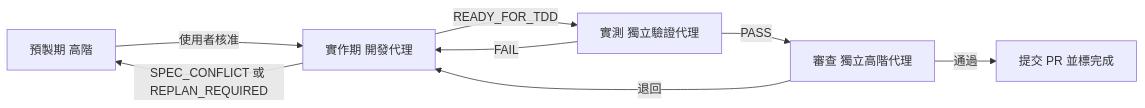
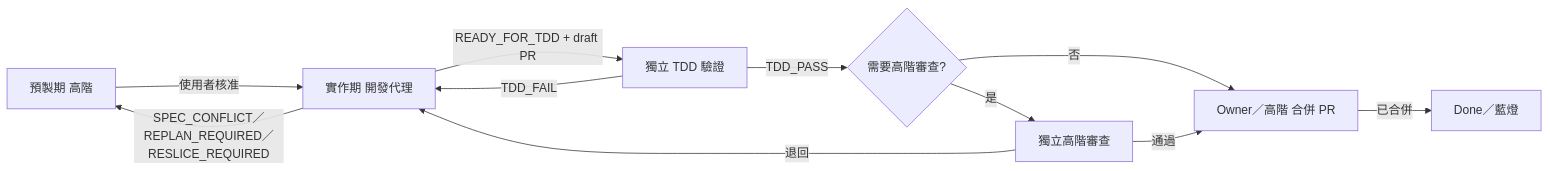
The diagram in .clinerules/ai-dev-pipeline.md (roy791202/AIAD), drawn with Mermaid before and after one commit. The commit also changed other lines of this file and 35 other files, not shown here.

````diff
--- a/.clinerules/ai-dev-pipeline.md
+++ b/.clinerules/ai-dev-pipeline.md
@@ -110,10 +18,13 @@
 ```mermaid
 flowchart LR
   A[預製期 高階] -->|使用者核准| B[實作期 開發代理]
-  B -->|READY_FOR_TDD| C[實測 獨立驗證代理]
-  C -->|FAIL| B
-  C -->|PASS| D[審查 獨立高階代理]
+  B -->|READY_FOR_TDD + draft PR| C[獨立 TDD 驗證]
+  C -->|TDD_FAIL| B
+  C -->|TDD_PASS| R{需要高階審查?}
+  R -->|是| D[獨立高階審查]
+  R -->|否| M[Owner／高階 合併 PR]
   D -->|退回| B
-  D -->|通過| E[提交 PR 並標完成]
-  B -->|SPEC_CONFLICT 或 REPLAN_REQUIRED| A
+  D -->|通過| M
+  M -->|已合併| E[Done／藍燈]
+  B -->|SPEC_CONFLICT／REPLAN_REQUIRED／RESLICE_REQUIRED| A
 ```
````
